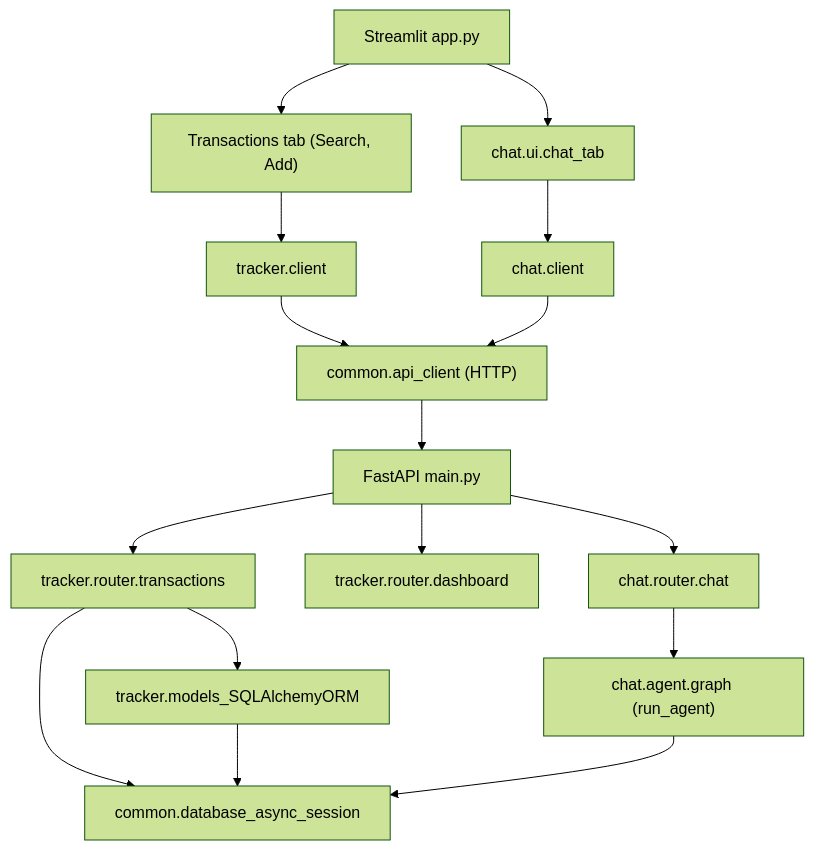
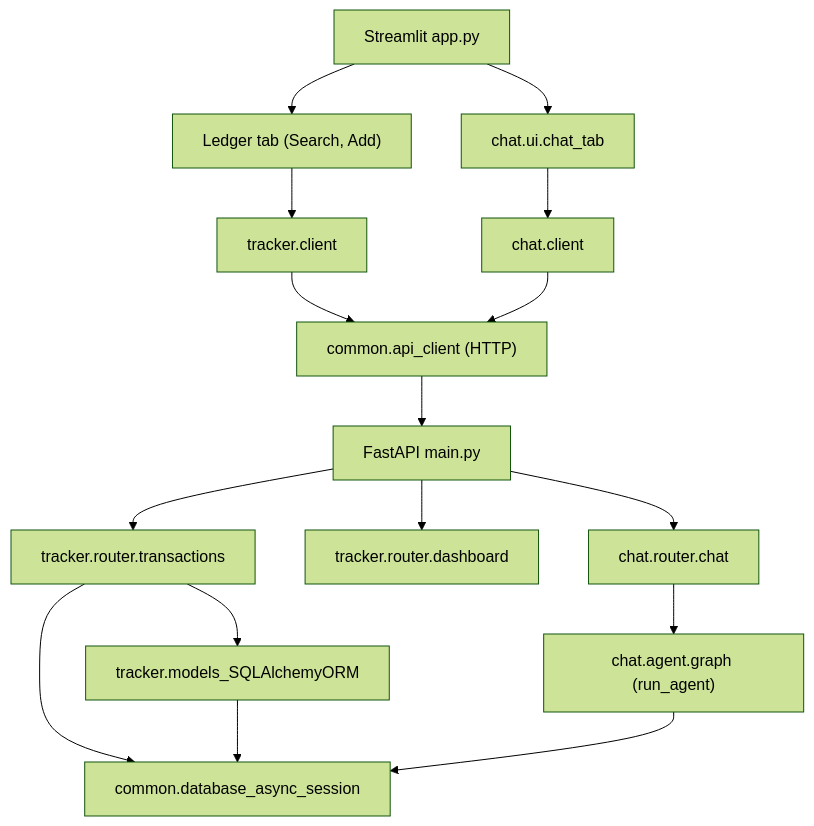
The diagram in ARCHITECTURE.md (reddybharat/parsel), drawn with Mermaid (forest theme) before and after one commit. The commit also changed other lines of this file and 1 other file, not shown here.

````diff
--- a/ARCHITECTURE.md
+++ b/ARCHITECTURE.md
@@ -72,18 +73,18 @@
 ```mermaid
 flowchart TD
-  streamlitApp["Streamlit app.py"] --> trackerUI["Transactions tab (Search, Add)"]
+  streamlitApp["Streamlit app.py"] --> trackerUI["Ledger tab (Search, Add)"]
   streamlitApp --> chatUI["chat.ui.chat_tab"]
   trackerUI --> trackerClient["tracker.client"]
   chatUI --> chatClient["chat.client"]
   trackerClient --> apiClient["common.api_client (HTTP)"]
   chatClient --> apiClient
   apiClient --> mainApp["FastAPI main.py"]
   mainApp --> trackerRouter["tracker.router.transactions"]
   mainApp --> dashboardRouter["tracker.router.dashboard"]
   mainApp --> chatRouter["chat.router.chat"]
   trackerRouter --> commonDB["common.database_async_session"]
   trackerRouter --> trackerModels["tracker.models_SQLAlchemyORM"]
   trackerModels --> commonDB
   chatRouter --> chatAgent["chat.agent.graph (run_agent)"]
   chatAgent --> commonDB
 ```
````
